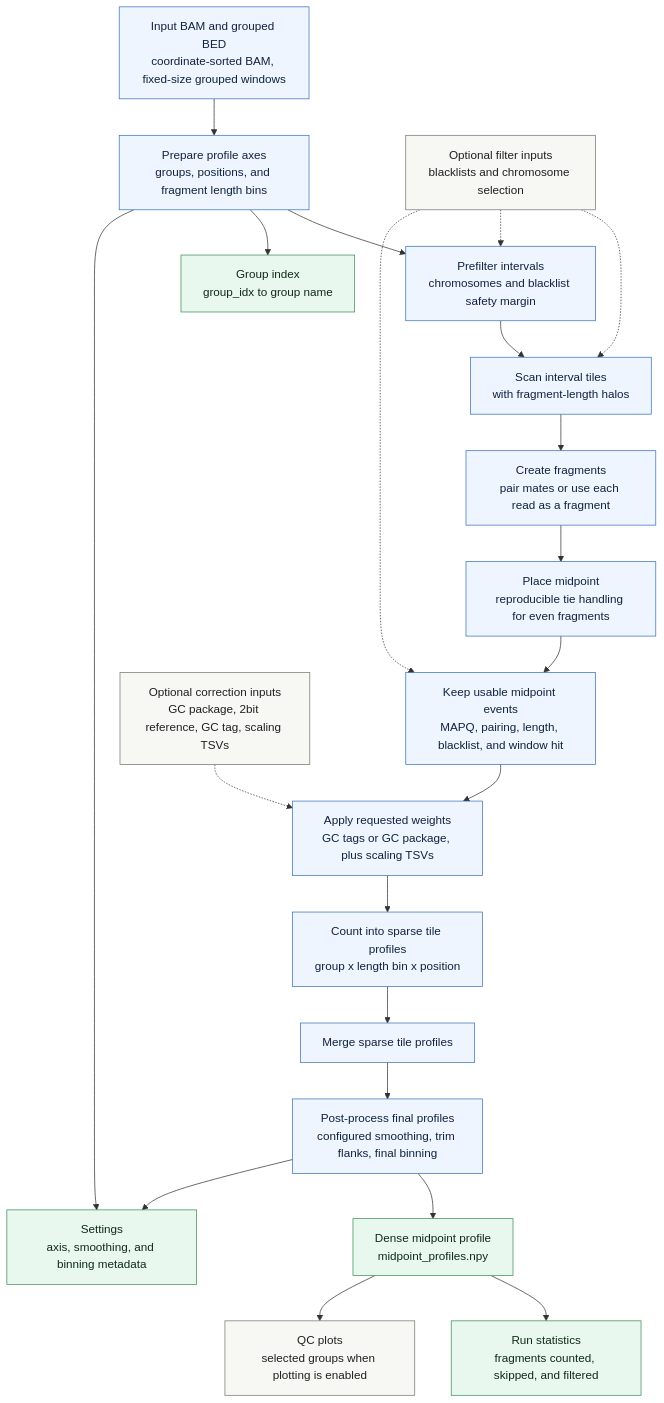
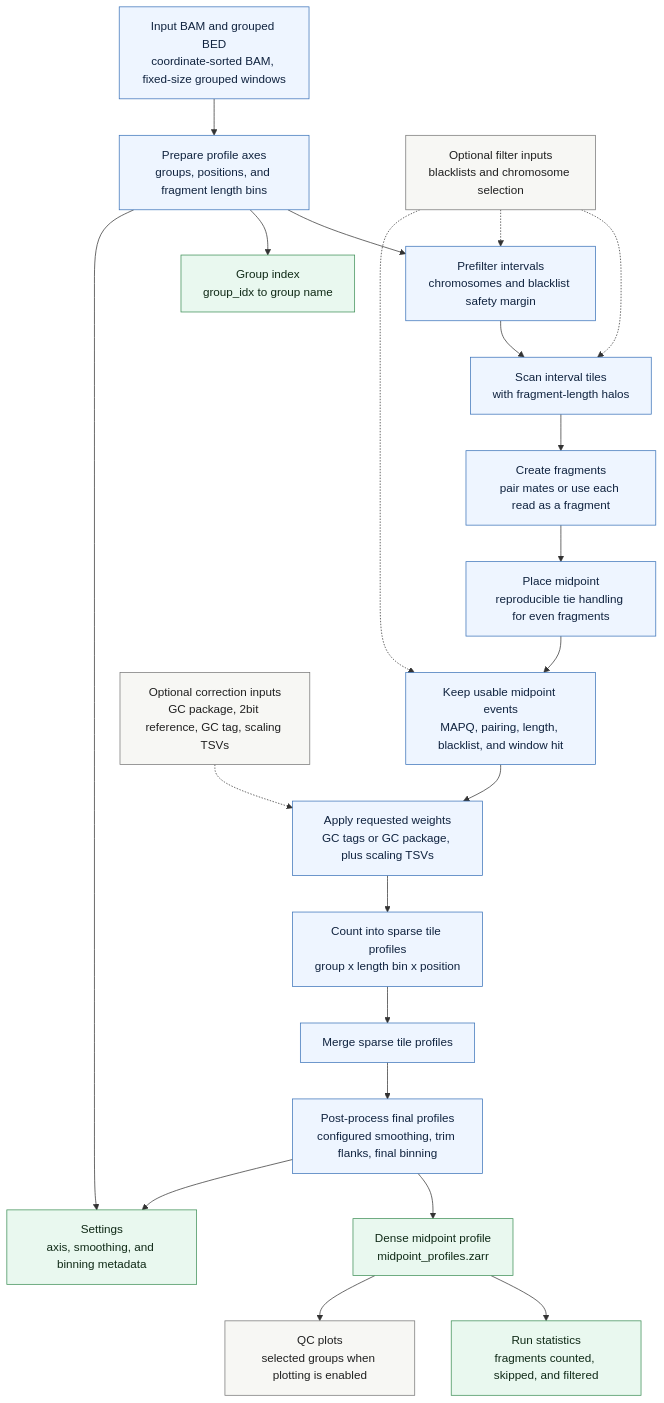
Before and after one commit to BesenbacherLab/cfDNAlab: the diagram in .AI/docs/command_pipelines/midpoints.md, drawn with Mermaid. The commit also changed other lines of this file and 23 other files, not shown here.

Commit message:
midpoints saves to zarr instead of npy

````diff
--- a/.AI/docs/command_pipelines/midpoints.md
+++ b/.AI/docs/command_pipelines/midpoints.md
@@ -7,41 +7,41 @@
 ```mermaid
 flowchart TD
     inputs["Input BAM and grouped BED<br/>coordinate-sorted BAM, fixed-size grouped windows"]
     setup["Prepare profile axes<br/>groups, positions, and fragment length bins"]
     interval_filter["Prefilter intervals<br/>chromosomes and blacklist safety margin"]
     tiles["Scan interval tiles<br/>with fragment-length halos"]
     fragments["Create fragments<br/>pair mates or use each read as a fragment"]
     midpoint["Place midpoint<br/>reproducible tie handling for even fragments"]
     filters["Keep usable midpoint events<br/>MAPQ, pairing, length, blacklist, and window hit"]
     weights["Apply requested weights<br/>GC tags or GC package, plus scaling TSVs"]
     count["Count into sparse tile profiles<br/>group x length bin x position"]
     merge["Merge sparse tile profiles"]
     postprocess["Post-process final profiles<br/>configured smoothing, trim flanks, final binning"]
-    profile["Dense midpoint profile<br/>midpoint_profiles.npy"]
+    profile["Dense midpoint profile<br/>midpoint_profiles.zarr"]
     group_index["Group index<br/>group_idx to group name"]
     settings["Settings<br/>axis, smoothing, and binning metadata"]
     plots["QC plots<br/>selected groups when plotting is enabled"]
     stats["Run statistics<br/>fragments counted, skipped, and filtered"]
 
     correction_inputs["Optional correction inputs<br/>GC package, 2bit reference, GC tag, scaling TSVs"]
     filter_inputs["Optional filter inputs<br/>blacklists and chromosome selection"]
 
     inputs --> setup --> interval_filter --> tiles --> fragments --> midpoint --> filters --> weights --> count --> merge --> postprocess --> profile --> stats
     setup --> group_index
     setup --> settings
     postprocess --> settings
     profile --> plots
 
     correction_inputs -.-> weights
     filter_inputs -.-> tiles
     filter_inputs -.-> interval_filter
     filter_inputs -.-> filters
 
     classDef core fill:#eef5ff,stroke:#3b73b9,color:#10233f;
     classDef optional fill:#f7f7f4,stroke:#777,color:#202020;
     classDef outputClass fill:#e9f8ef,stroke:#3e8f57,color:#102a17;
 
     class inputs,setup,interval_filter,tiles,fragments,midpoint,filters,weights,count,merge,postprocess core;
     class correction_inputs,filter_inputs,plots optional;
     class profile,group_index,settings,stats outputClass;
 ```
````
